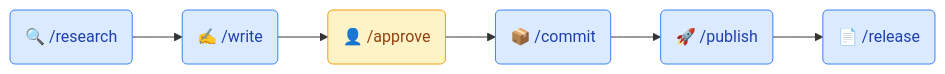
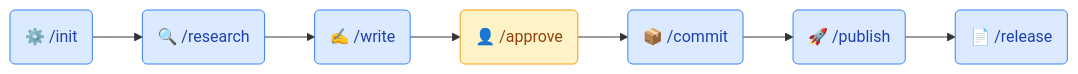
The diagram in README.md (jeansouzak/open-academic-agent), drawn with Mermaid before and after one commit. The commit also changed other lines of this file and 3 other files, not shown here.

Commit message:
doc(init): init agent academic topic

````diff
--- a/README.md
+++ b/README.md
@@ -27,14 +27,15 @@
 ```mermaid
 flowchart LR
+    I("⚙️ /init"):::agent
     R("🔍 /research"):::agent
     W("✍️ /write"):::agent
     A("👤 /approve"):::human
     C("📦 /commit"):::agent
     P("🚀 /publish"):::agent
     RL("📄 /release"):::agent
 
-    R --> W --> A --> C --> P --> RL
+    I --> R --> W --> A --> C --> P --> RL
 
     classDef agent fill:#dbeafe,stroke:#3b82f6,color:#1e40af
     classDef human fill:#fef3c7,stroke:#f59e0b,color:#92400e
 ```
````
